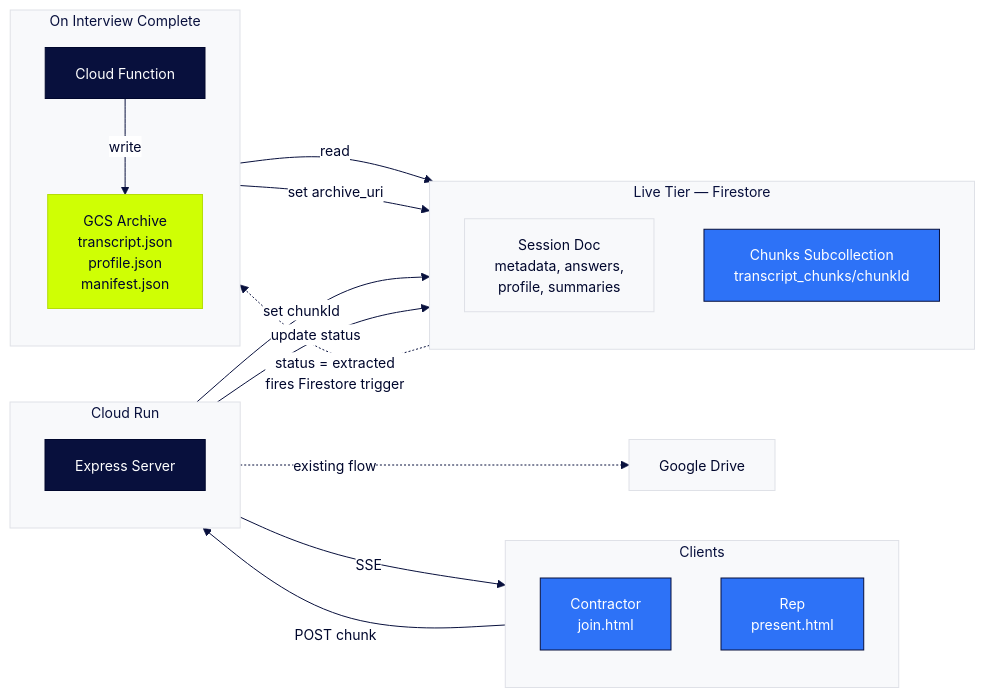
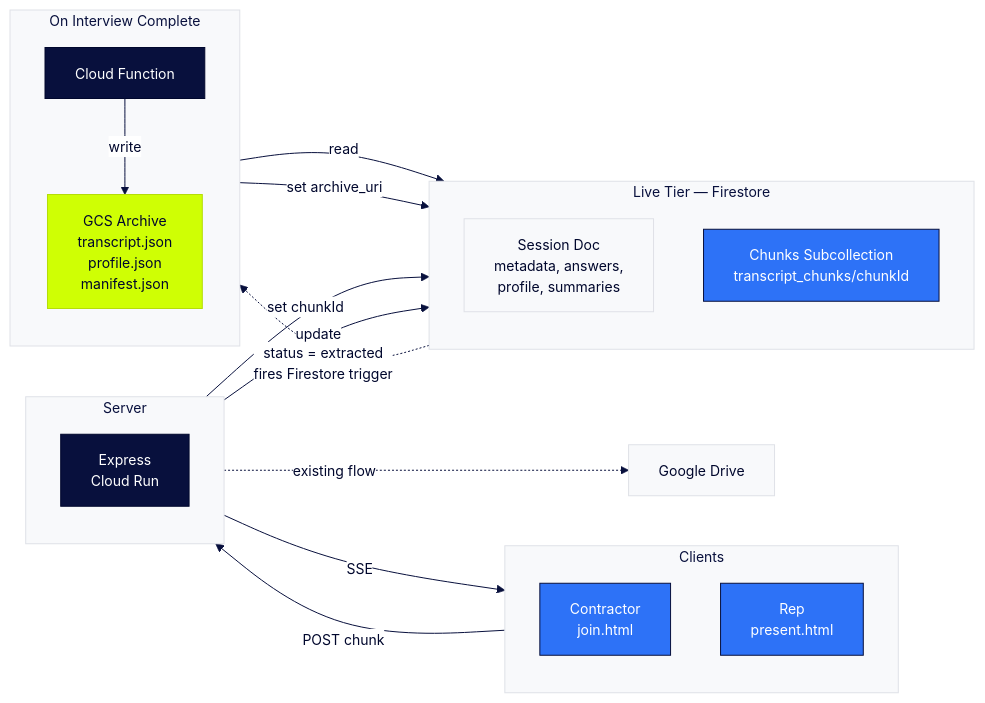
Before and after one commit to danielpalella/site-launch-tracker: the second of 7 diagrams in docs/features/2026-05-03-transcript-pipeline/TRD-TRANSCRIPT-PIPELINE.md, drawn with Mermaid.

Commit message:
Fix truncated labels in Architecture diagram
Shorten Express Server node to two-line "Express / Cloud Run" and
trim the edge label to "update" so neither gets clipped in narrow
renderers.

````diff
--- a/docs/features/2026-05-03-transcript-pipeline/TRD-TRANSCRIPT-PIPELINE.md
+++ b/docs/features/2026-05-03-transcript-pipeline/TRD-TRANSCRIPT-PIPELINE.md
@@ -110,44 +110,44 @@
 ```mermaid
 %%{init: {'theme':'base','themeVariables':{'primaryColor':'#F8F9FB','primaryTextColor':'#00072D','primaryBorderColor':'#2D72F7','secondaryColor':'#F8F9FB','secondaryTextColor':'#00072D','secondaryBorderColor':'#DFE1E7','tertiaryColor':'#F8F9FB','tertiaryTextColor':'#00072D','tertiaryBorderColor':'#DFE1E7','lineColor':'#08103D','textColor':'#00072D','clusterBkg':'#F8F9FB','clusterBorder':'#DFE1E7','titleColor':'#08103D','edgeLabelBackground':'#FFFFFF','fontFamily':'Inter, Plus Jakarta Sans, sans-serif','fontSize':'14px'}}}%%
 
 flowchart LR
     subgraph Clients["Clients"]
         direction TB
         Contractor["Contractor<br/>join.html"]:::primary
         Rep["Rep<br/>present.html"]:::primary
     end
 
-    subgraph Server["Cloud Run"]
+    subgraph Server["Server"]
         direction TB
-        API["Express Server"]:::dark
+        API["Express<br/>Cloud Run"]:::dark
     end
 
     subgraph Live["Live Tier — Firestore"]
         direction TB
         Parent["Session Doc<br/>metadata, answers,<br/>profile, summaries"]:::neutral
         Chunks["Chunks Subcollection<br/>transcript_chunks/chunkId"]:::primary
     end
 
     subgraph Completion["On Interview Complete"]
         direction TB
         CF["Cloud Function"]:::dark
         GCS["GCS Archive<br/>transcript.json<br/>profile.json<br/>manifest.json"]:::accent
     end
 
     Drive["Google Drive"]:::neutral
 
     Contractor -->|POST chunk| API
     API -->|SSE| Rep
     API -->|set chunkId| Chunks
-    API -->|update status| Parent
+    API -->|update| Parent
     API -.->|existing flow| Drive
     Parent -."status = extracted<br/>fires Firestore trigger".-> CF
     CF -->|read| Chunks
     CF -->|write| GCS
     CF -->|set archive_uri| Parent
 
     classDef primary fill:#2D72F7,stroke:#08103D,color:#FFFFFF
     classDef dark    fill:#08103D,stroke:#00072D,color:#FFFFFF
     classDef accent  fill:#CFFF04,stroke:#B5DD08,color:#00072D
     classDef neutral fill:#F8F9FB,stroke:#DFE1E7,color:#00072D
 ```
````
